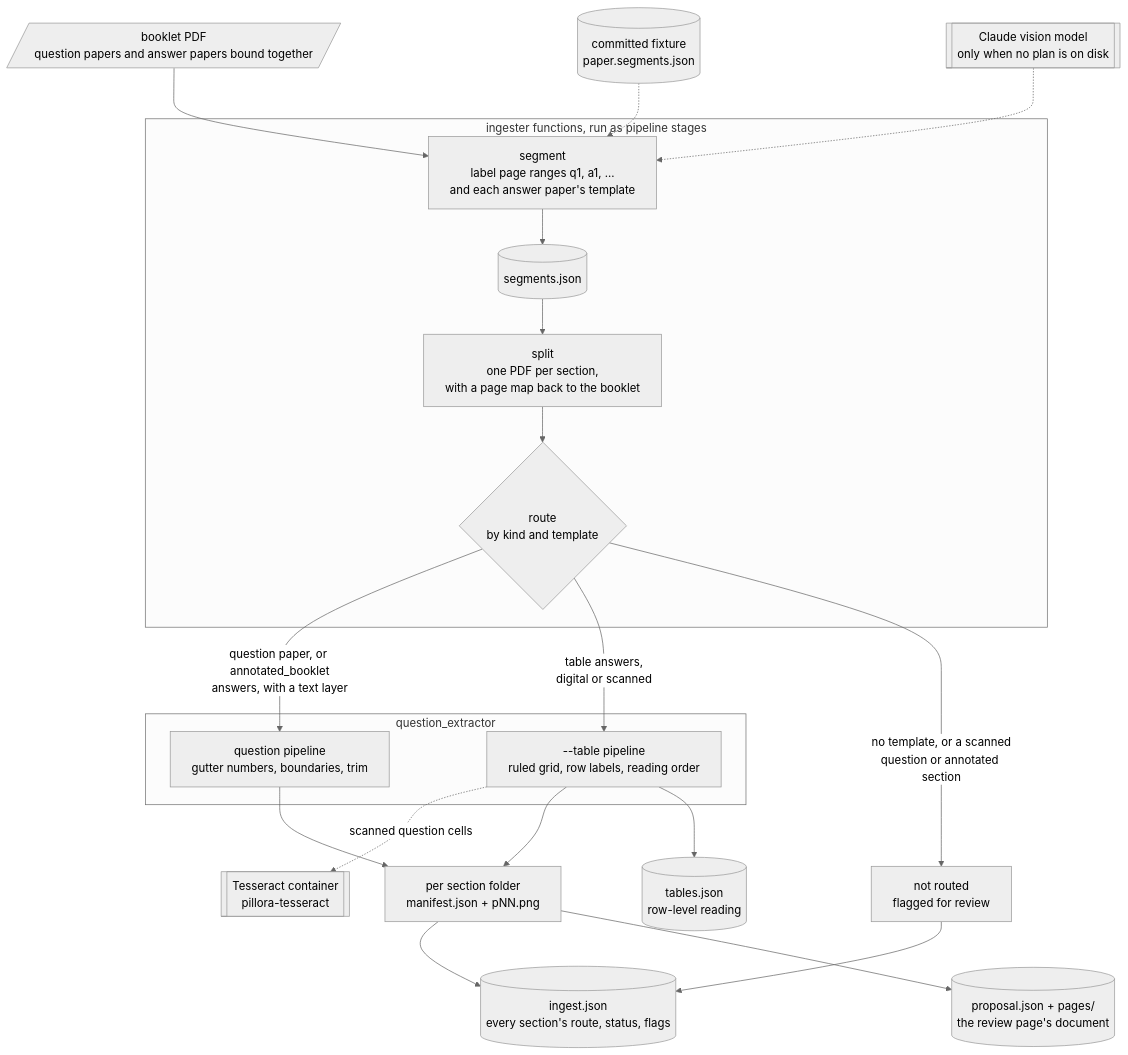
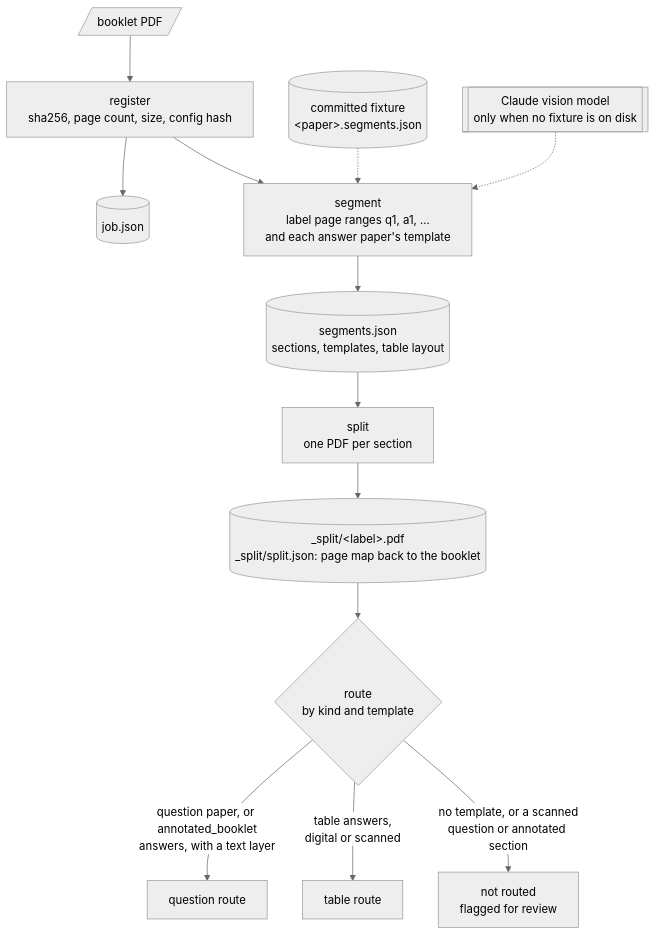
Before and after one commit to billyhoce/PilloraQuestionBank: the second of 5 diagrams in ingestion/README.md, drawn with Mermaid (neutral theme). The commit also changed other lines of this file and 1 other file, not shown here.

````diff
--- a/ingestion/README.md
+++ b/ingestion/README.md
@@ -23,38 +74,23 @@
 ```mermaid
 %%{init: {"flowchart": {"wrappingWidth": 400}}}%%
 flowchart TD
-    pdf[/"booklet PDF<br/>question papers and answer papers bound together"/]
+    pdf[/"booklet PDF"/]
+    reg["register<br/>sha256, page count, size, config hash"]
+    job[("job.json")]
+    seg["segment<br/>label page ranges q1, a1, ...<br/>and each answer paper's template"]
+    fixture[("committed fixture<br/>#lt;paper#gt;.segments.json")]
+    model[["Claude vision model<br/>only when no fixture is on disk"]]
+    plan[("segments.json<br/>sections, templates, table layout")]
+    split["split<br/>one PDF per section"]
+    parts[("_split/#lt;label#gt;.pdf<br/>_split/split.json: page map back to the booklet")]
+    route{"route<br/>by kind and template"}
 
-    subgraph ING["ingester functions, run as pipeline stages"]
-        seg["segment<br/>label page ranges q1, a1, ...<br/>and each answer paper's template"]
-        plan[("segments.json")]
-        split["split<br/>one PDF per section,<br/>with a page map back to the booklet"]
-        route{"route<br/>by kind and template"}
-        seg --> plan --> split --> route
-    end
-
-    model[["Claude vision model<br/>only when no plan is on disk"]]
-    fixture[("committed fixture<br/>paper.segments.json")]
-
-    subgraph QE["question_extractor"]
-        qp["question pipeline<br/>gutter numbers, boundaries, trim"]
-        tp["--table pipeline<br/>ruled grid, row labels, reading order"]
-    end
-
-    tess[["Tesseract container<br/>pillora-tesseract"]]
-
-    pdf --> seg
+    pdf --> reg --> job
+    reg --> seg
     fixture -.-> seg
     model -.-> seg
-    route -->|"question paper, or annotated_booklet<br/>answers, with a text layer"| qp
-    route -->|"table answers,<br/>digital or scanned"| tp
+    seg --> plan --> split --> parts --> route
+    route -->|"question paper, or annotated_booklet<br/>answers, with a text layer"| qr["question route"]
+    route -->|"table answers,<br/>digital or scanned"| tr["table route"]
     route -->|"no template, or a scanned<br/>question or annotated section"| nr["not routed<br/>flagged for review"]
-    tp -.->|"scanned question cells"| tess
-
-    qp --> res["per section folder<br/>manifest.json + pNN.png"]
-    tp --> res
-    tp --> tj[("tables.json<br/>row-level reading")]
-    res --> rep[("ingest.json<br/>every section's route, status, flags")]
-    nr --> rep
-    res --> prop[("proposal.json + pages/<br/>the review page's document")]
 ```
````
